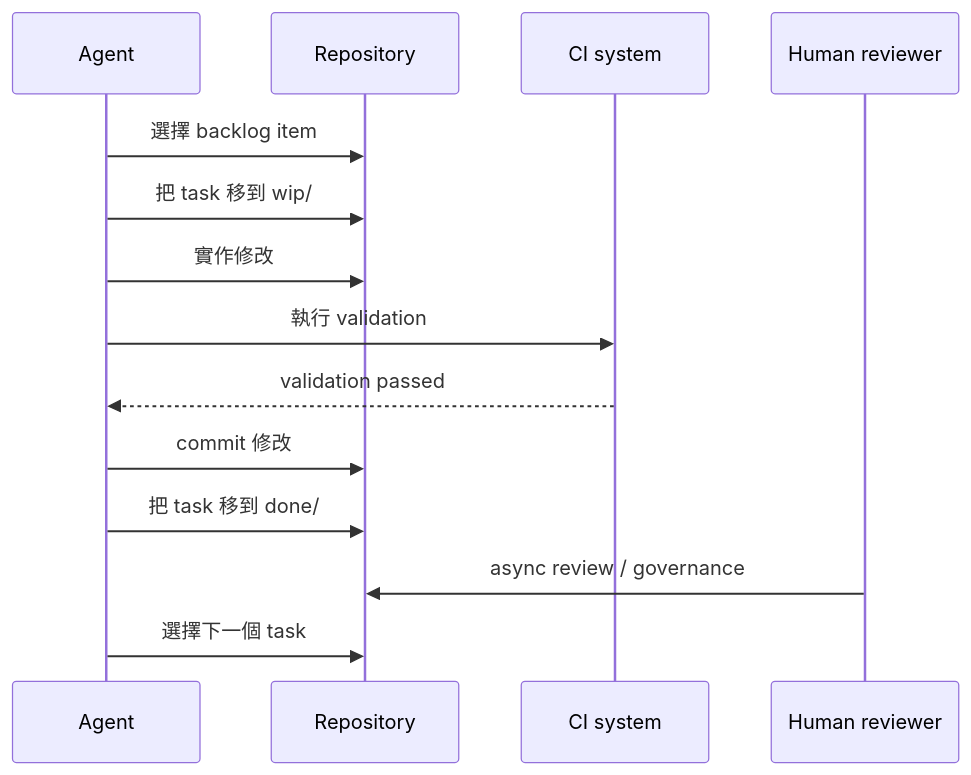
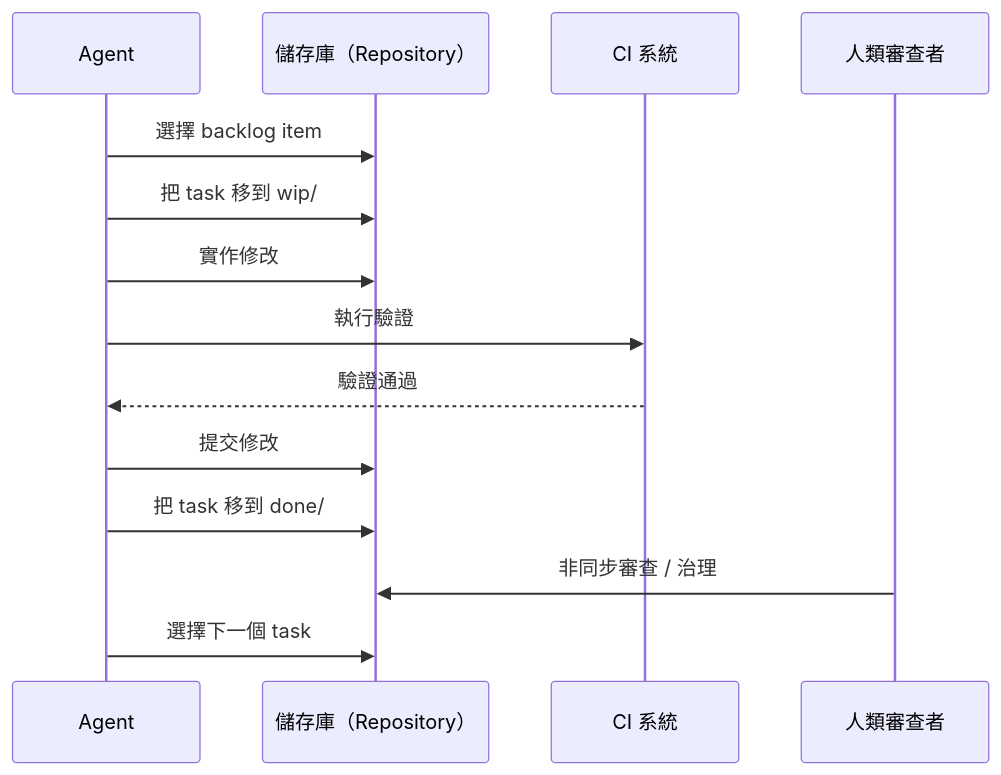
One commit to nelson-o/nelson-o.github.io changed the fifth of 5 diagrams in content/zh-tw/ideas/agent-loops.mdx. Above: the diagram before and after it, drawn with Mermaid. The commit also changed other lines of this file and 3 other files, not shown here.

````diff
--- a/content/zh-tw/ideas/agent-loops.mdx
+++ b/content/zh-tw/ideas/agent-loops.mdx
@@ -264,17 +264,17 @@
 ```mermaid
 sequenceDiagram
   participant A as Agent
-  participant R as Repository
-  participant C as CI system
-  participant H as Human reviewer
+  participant R as 儲存庫（Repository）
+  participant C as CI 系統
+  participant H as 人類審查者
 
   A->>R: 選擇 backlog item
   A->>R: 把 task 移到 wip/
   A->>R: 實作修改
-  A->>C: 執行 validation
-  C-->>A: validation passed
-  A->>R: commit 修改
+  A->>C: 執行驗證
+  C-->>A: 驗證通過
+  A->>R: 提交修改
   A->>R: 把 task 移到 done/
-  H->>R: async review / governance
+  H->>R: 非同步審查 / 治理
   A->>R: 選擇下一個 task
 ```
````
